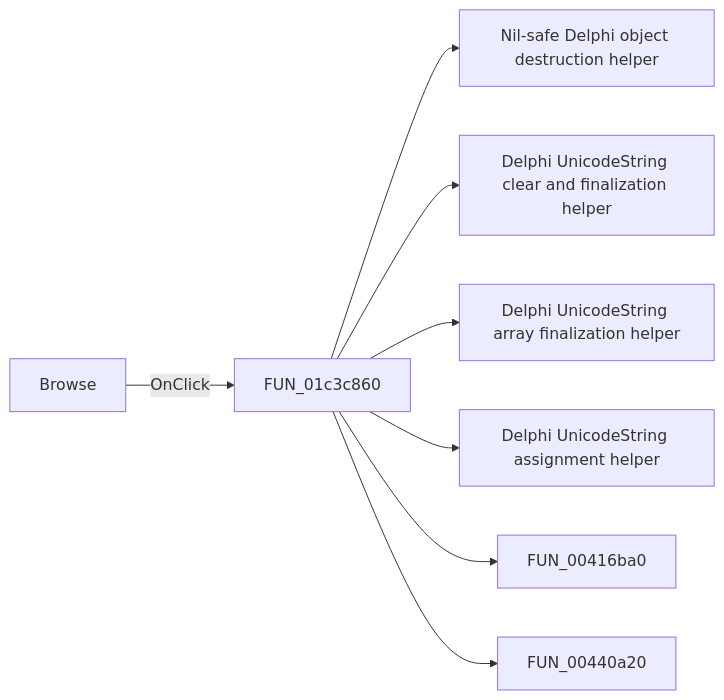
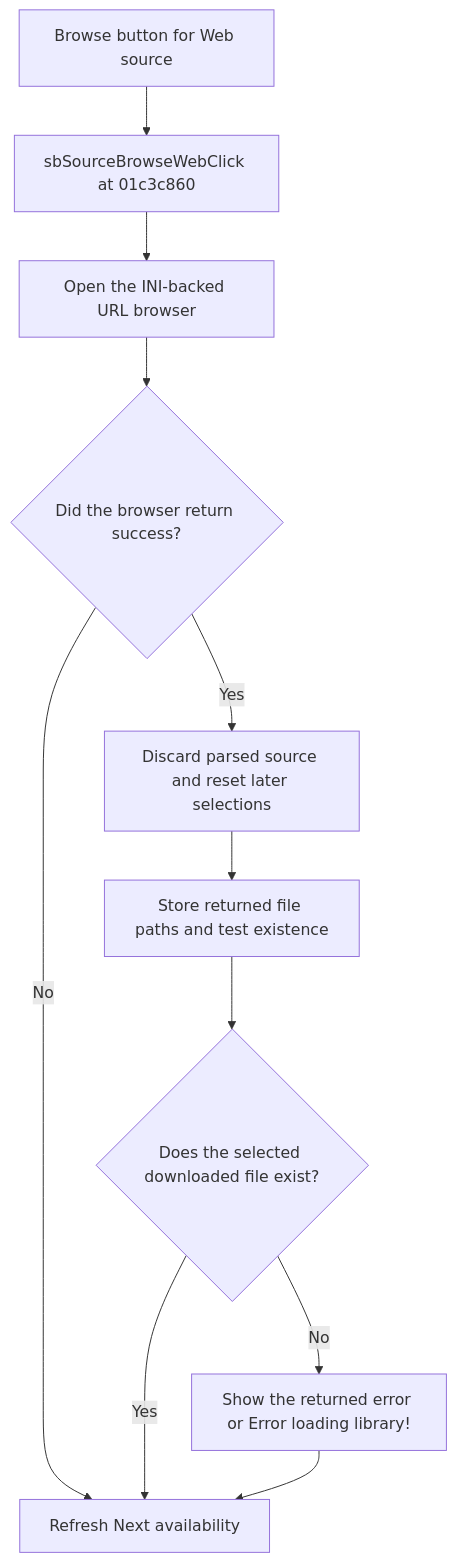
Before and after one commit to MovGP0/TIARA: the diagram in docs/ui-controls/fmacrowiz/sbsourcebrowseweb-2a8b0b6b0e.md, drawn with Mermaid. The commit also changed other lines of this file and 387 other files, not shown here.

````diff
--- a/docs/ui-controls/fmacrowiz/sbsourcebrowseweb-2a8b0b6b0e.md
+++ b/docs/ui-controls/fmacrowiz/sbsourcebrowseweb-2a8b0b6b0e.md
@@ -27,10 +20,13 @@
 ```mermaid
-flowchart LR
-    control["Browse"] -->|OnClick| handler["FUN_01c3c860"]
-    handler --> call1["Nil-safe Delphi object destruction helper"]
-    handler --> call2["Delphi UnicodeString clear and finalization helper"]
-    handler --> call3["Delphi UnicodeString array finalization helper"]
-    handler --> call4["Delphi UnicodeString assignment helper"]
-    handler --> call5["FUN_00416ba0"]
-    handler --> call6["FUN_00440a20"]
+flowchart TD
+    control["Browse button for Web source"] --> handler["sbSourceBrowseWebClick at 01c3c860"]
+    handler --> browser["Open the INI-backed URL browser"]
+    browser --> accepted{"Did the browser return success?"}
+    accepted -->|No| refresh["Refresh Next availability"]
+    accepted -->|Yes| reset["Discard parsed source and reset later selections"]
+    reset --> files["Store returned file paths and test existence"]
+    files --> valid{"Does the selected downloaded file exist?"}
+    valid -->|Yes| refresh
+    valid -->|No| error["Show the returned error or Error loading library!"]
+    error --> refresh
 ```
````
